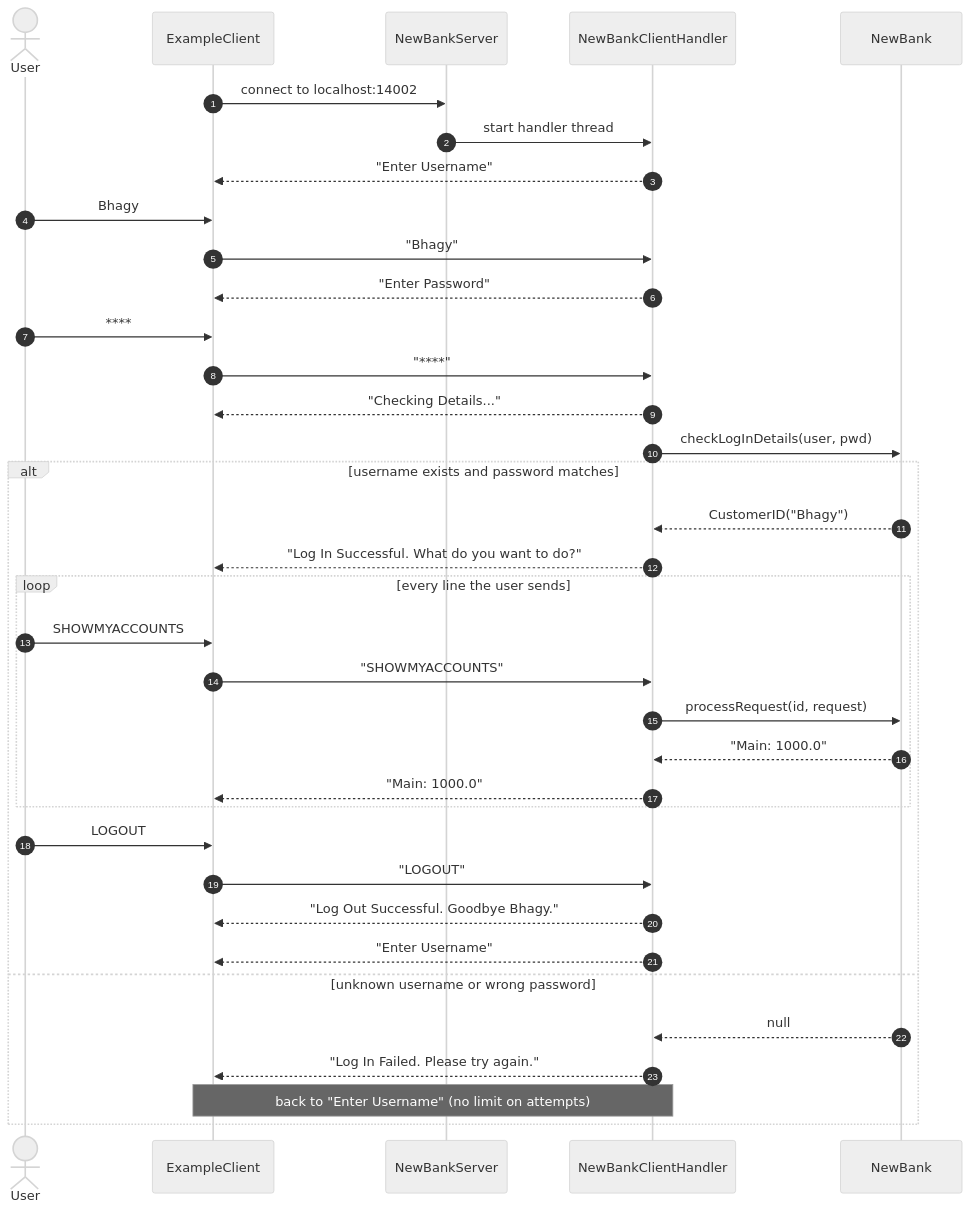
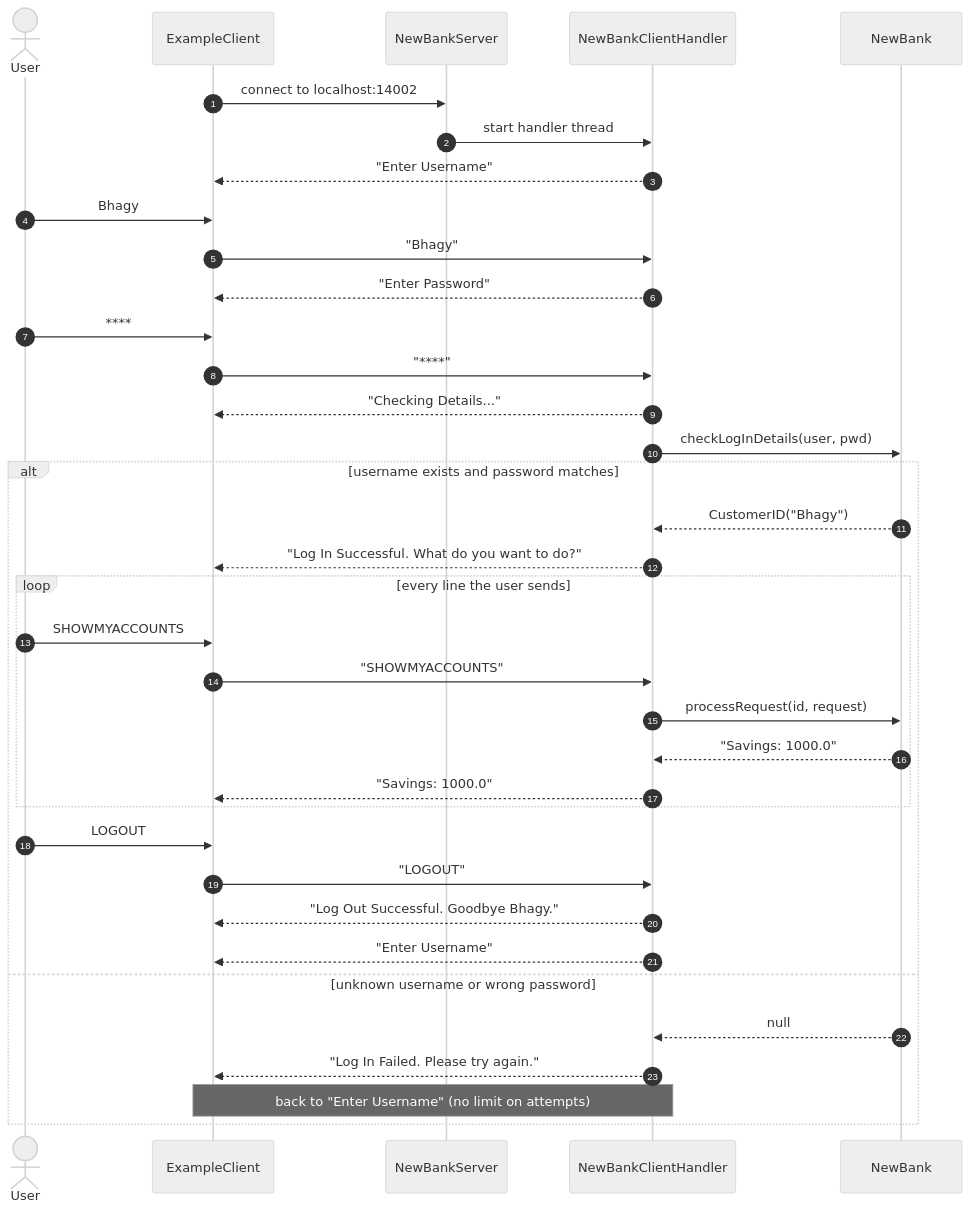
Before and after one commit to jdarguello/bath_new_bank: the fourth of 9 diagrams in README.md, drawn with Mermaid (neutral theme). The commit also changed other lines of this file and 8 other files, not shown here.

````diff
--- a/README.md
+++ b/README.md
@@ -376,39 +390,39 @@
 ```mermaid
 sequenceDiagram
     autonumber
     actor U as User
     participant C as ExampleClient
     participant S as NewBankServer
     participant H as NewBankClientHandler
     participant B as NewBank
 
     C->>S: connect to localhost:14002
     S->>H: start handler thread
     H-->>C: "Enter Username"
     U->>C: Bhagy
     C->>H: "Bhagy"
     H-->>C: "Enter Password"
     U->>C: ****
     C->>H: "****"
     H-->>C: "Checking Details..."
     H->>B: checkLogInDetails(user, pwd)
     alt username exists and password matches
         B-->>H: CustomerID("Bhagy")
         H-->>C: "Log In Successful. What do you want to do?"
         loop every line the user sends
             U->>C: SHOWMYACCOUNTS
             C->>H: "SHOWMYACCOUNTS"
             H->>B: processRequest(id, request)
-            B-->>H: "Main: 1000.0"
-            H-->>C: "Main: 1000.0"
+            B-->>H: "Savings: 1000.0"
+            H-->>C: "Savings: 1000.0"
         end
         U->>C: LOGOUT
         C->>H: "LOGOUT"
         H-->>C: "Log Out Successful. Goodbye Bhagy."
         H-->>C: "Enter Username"
     else unknown username or wrong password
         B-->>H: null
         H-->>C: "Log In Failed. Please try again."
         Note over C,H: back to "Enter Username" (no limit on attempts)
     end
 ```
````
